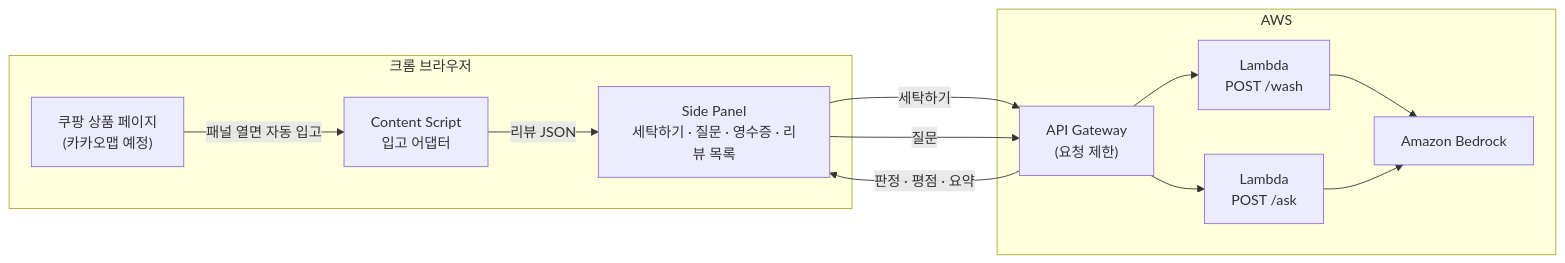
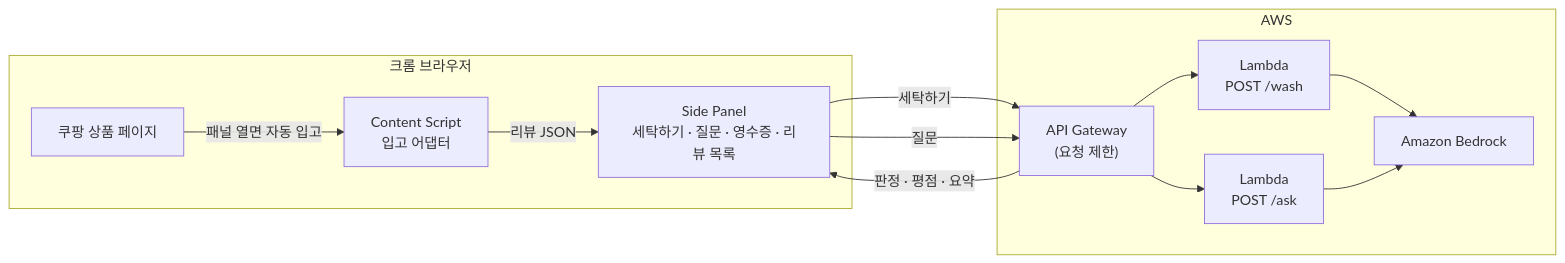
One commit to beblack127/GyuTam changed the diagram in README.md. Above: the diagram before and after it, drawn with Mermaid. The commit also changed other lines of this file and 14 other files, not shown here.

````diff
--- a/README.md
+++ b/README.md
@@ -117,21 +114,21 @@
 ```mermaid
 flowchart LR
   subgraph Browser["크롬 브라우저"]
-    P["쿠팡 상품 페이지<br/>(카카오맵 예정)"]
+    P["쿠팡 상품 페이지"]
     CS["Content Script<br/>입고 어댑터"]
     SP["Side Panel<br/>세탁하기 · 질문 · 영수증 · 리뷰 목록"]
   end
   subgraph AWS["AWS"]
     GW["API Gateway<br/>(요청 제한)"]
     W["Lambda<br/>POST /wash"]
     A["Lambda<br/>POST /ask"]
     BR["Amazon Bedrock"]
   end
   P -->|패널 열면 자동 입고| CS
   CS -->|리뷰 JSON| SP
   SP -->|세탁하기| GW
   SP -->|질문| GW
   GW --> W --> BR
   GW --> A --> BR
   GW -->|판정 · 평점 · 요약| SP
 ```
````
